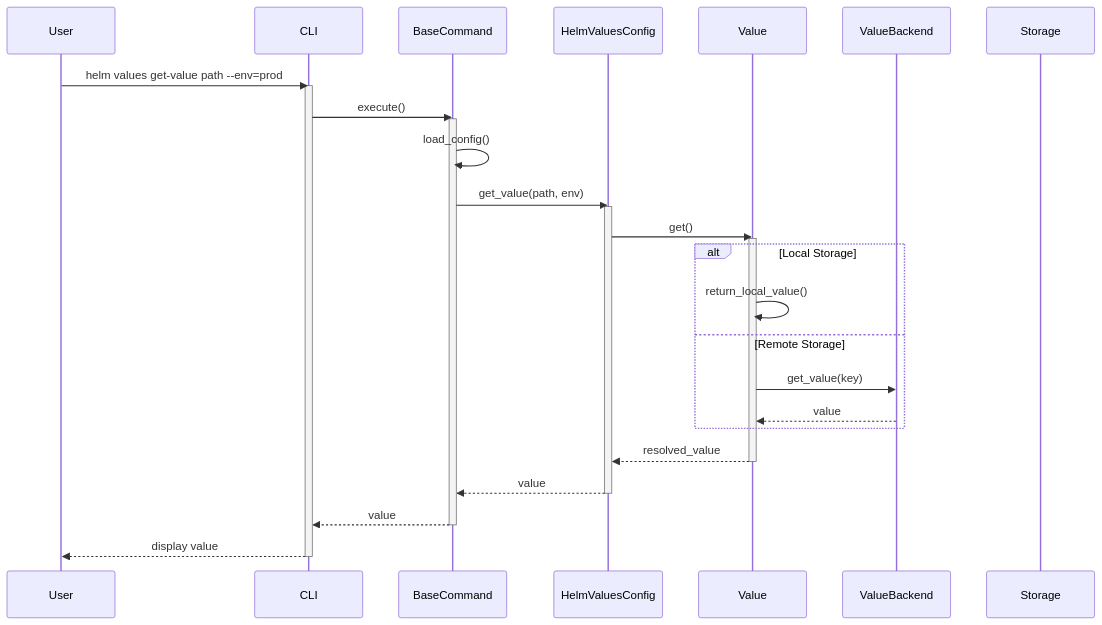
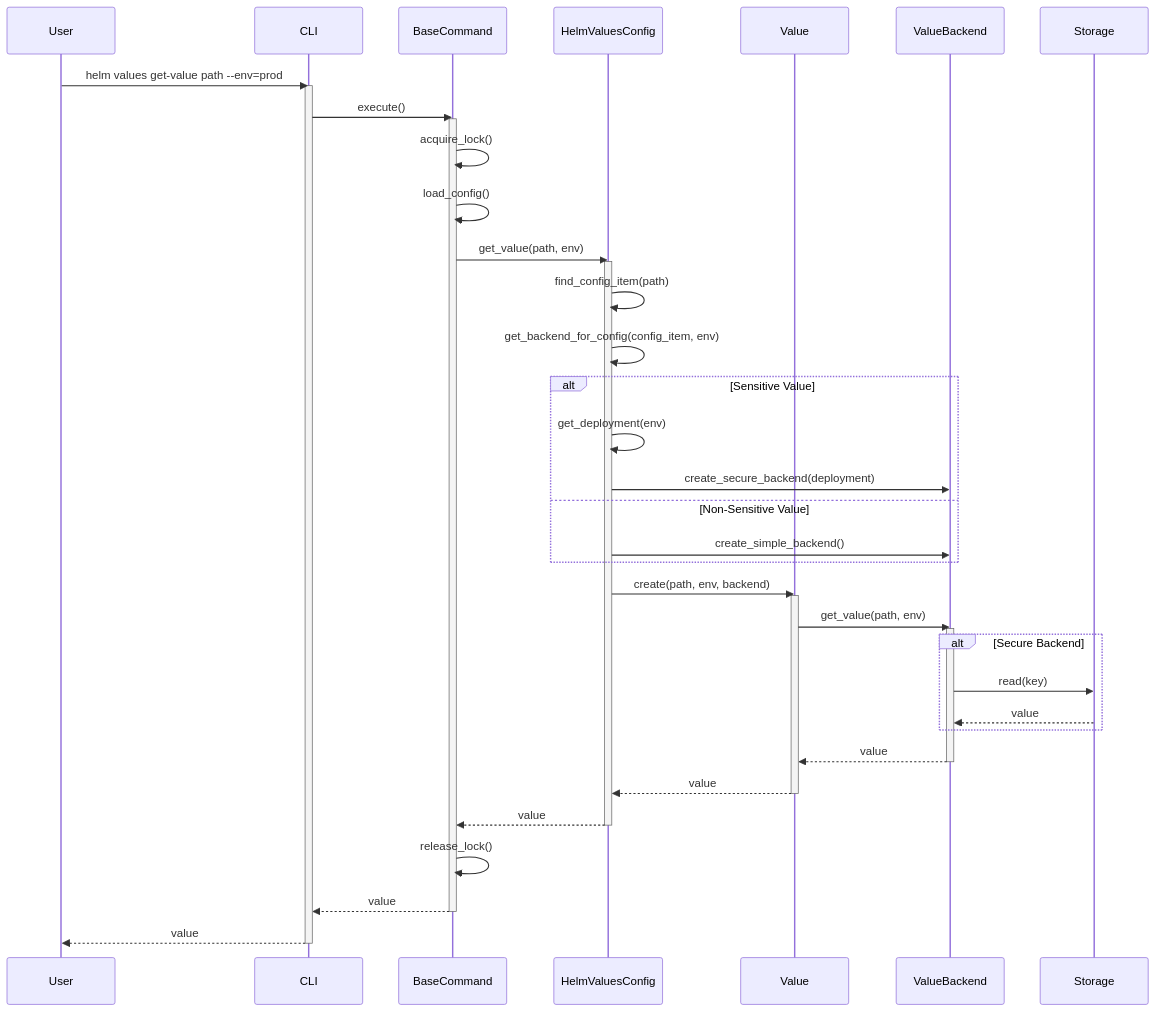
One commit to Zipstack/helm-values-manager changed the fifth of 12 diagrams in docs/Design/sequence-diagrams.md. Above: the diagram before and after it, drawn with Mermaid. The commit also changed other lines of this file and 8 other files, not shown here.

First line of the commit message:
Refactor Value class and backends to use unified path-based approach

````diff
--- a/docs/Design/sequence-diagrams.md
+++ b/docs/Design/sequence-diagrams.md
@@ -189,42 +189,56 @@
 ```mermaid
 sequenceDiagram
     participant User
     participant CLI
     participant BaseCommand
     participant HelmValuesConfig
     participant Value
     participant ValueBackend
     participant Storage
 
     User->>CLI: helm values get-value path --env=prod
     activate CLI
 
     CLI->>BaseCommand: execute()
     activate BaseCommand
 
+    BaseCommand->>BaseCommand: acquire_lock()
     BaseCommand->>BaseCommand: load_config()
     BaseCommand->>HelmValuesConfig: get_value(path, env)
     activate HelmValuesConfig
 
-    HelmValuesConfig->>Value: get()
-    activate Value
+    HelmValuesConfig->>HelmValuesConfig: find_config_item(path)
+    HelmValuesConfig->>HelmValuesConfig: get_backend_for_config(config_item, env)
 
-    alt Local Storage
-        Value->>Value: return_local_value()
-    else Remote Storage
-        Value->>ValueBackend: get_value(key)
-        ValueBackend-->>Value: value
+    alt Sensitive Value
+        HelmValuesConfig->>HelmValuesConfig: get_deployment(env)
+        HelmValuesConfig->>ValueBackend: create_secure_backend(deployment)
+    else Non-Sensitive Value
+        HelmValuesConfig->>ValueBackend: create_simple_backend()
     end
 
-    Value-->>HelmValuesConfig: resolved_value
+    HelmValuesConfig->>Value: create(path, env, backend)
+    activate Value
+    Value->>ValueBackend: get_value(path, env)
+    activate ValueBackend
+
+    alt Secure Backend
+        ValueBackend->>Storage: read(key)
+        Storage-->>ValueBackend: value
+    end
+
+    ValueBackend-->>Value: value
+    deactivate ValueBackend
+    Value-->>HelmValuesConfig: value
     deactivate Value
 
     HelmValuesConfig-->>BaseCommand: value
     deactivate HelmValuesConfig
 
+    BaseCommand->>BaseCommand: release_lock()
     BaseCommand-->>CLI: value
     deactivate BaseCommand
 
-    CLI-->>User: display value
+    CLI-->>User: value
     deactivate CLI
 ```
````
